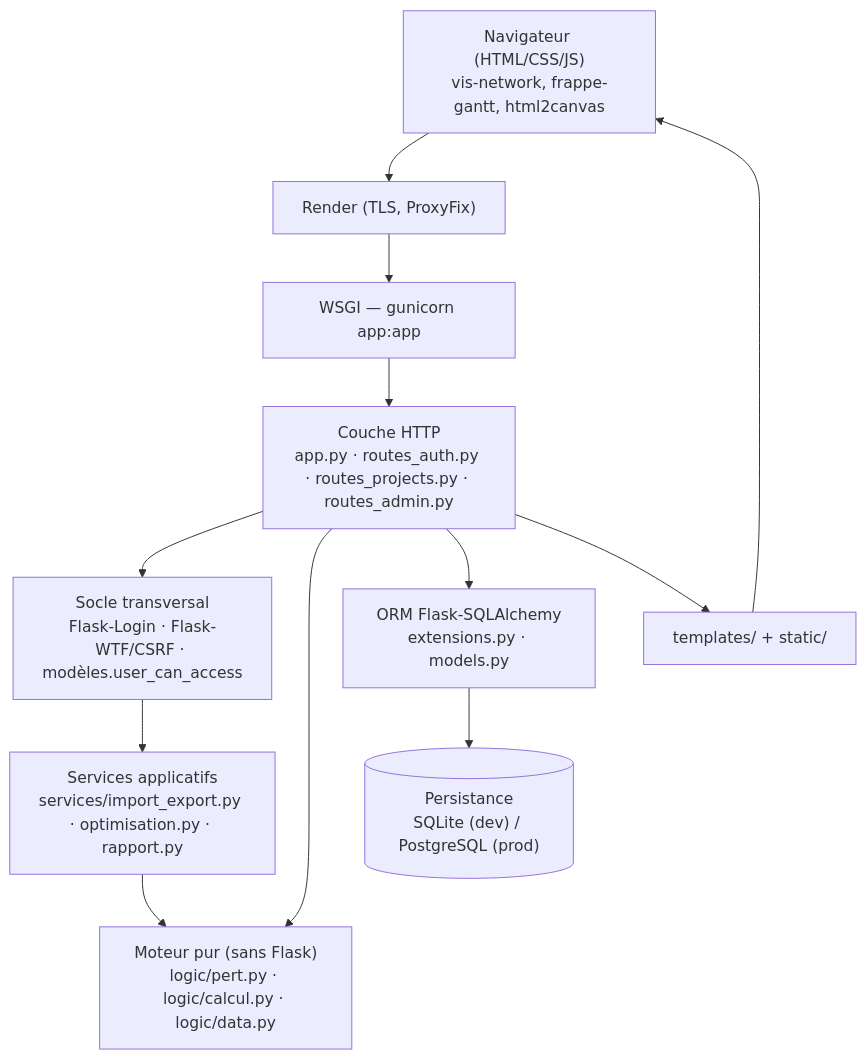
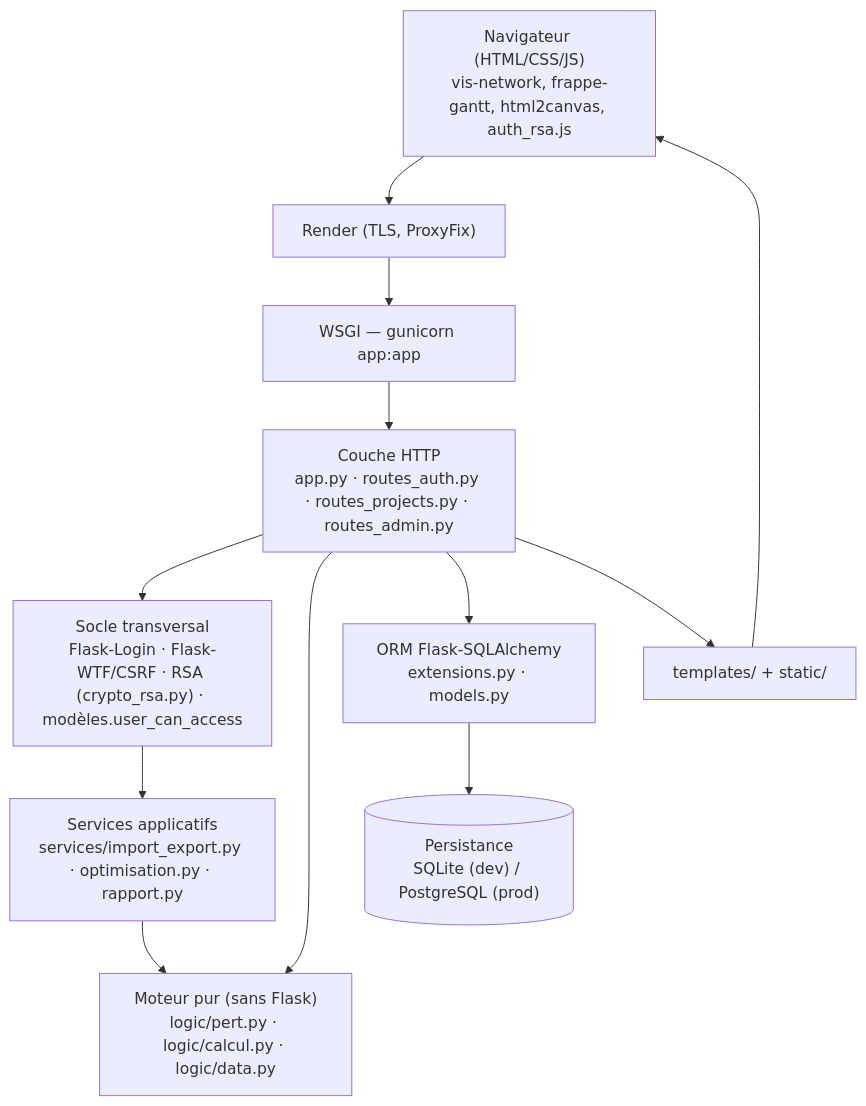
Before and after one commit to savadogotresor-pixel/APP_PERT_CPM: the first of 2 diagrams in docs/documentation_technique.md, drawn with Mermaid. The commit also changed other lines of this file and 18 other files, not shown here.

Commit message:
Accueil protege, navigation d'auth, chiffrement RSA des identifiants et descriptions enrichies

````diff
--- a/docs/documentation_technique.md
+++ b/docs/documentation_technique.md
@@ -15,21 +15,21 @@
 ```mermaid
 flowchart TB
-    Navigateur["Navigateur (HTML/CSS/JS)<br/>vis-network, frappe-gantt, html2canvas"]
+    Navigateur["Navigateur (HTML/CSS/JS)<br/>vis-network, frappe-gantt, html2canvas, auth_rsa.js"]
     Proxy["Render (TLS, ProxyFix)"]
     WSGI["WSGI — gunicorn app:app"]
     Routes["Couche HTTP<br/>app.py · routes_auth.py · routes_projects.py · routes_admin.py"]
-    Secu["Socle transversal<br/>Flask-Login · Flask-WTF/CSRF · modèles.user_can_access"]
+    Secu["Socle transversal<br/>Flask-Login · Flask-WTF/CSRF · RSA (crypto_rsa.py) · modèles.user_can_access"]
     Services["Services applicatifs<br/>services/import_export.py · optimisation.py · rapport.py"]
     Moteur["Moteur pur (sans Flask)<br/>logic/pert.py · logic/calcul.py · logic/data.py"]
     ORM["ORM Flask-SQLAlchemy<br/>extensions.py · models.py"]
     BDD[("Persistance<br/>SQLite (dev) / PostgreSQL (prod)")]
 
     Navigateur --> Proxy --> WSGI --> Routes
     Routes --> Secu --> Services
     Routes --> Moteur
     Routes --> ORM
     Services --> Moteur
     ORM --> BDD
     Routes --> Templates["templates/ + static/"]
     Templates --> Navigateur
 ```
````
